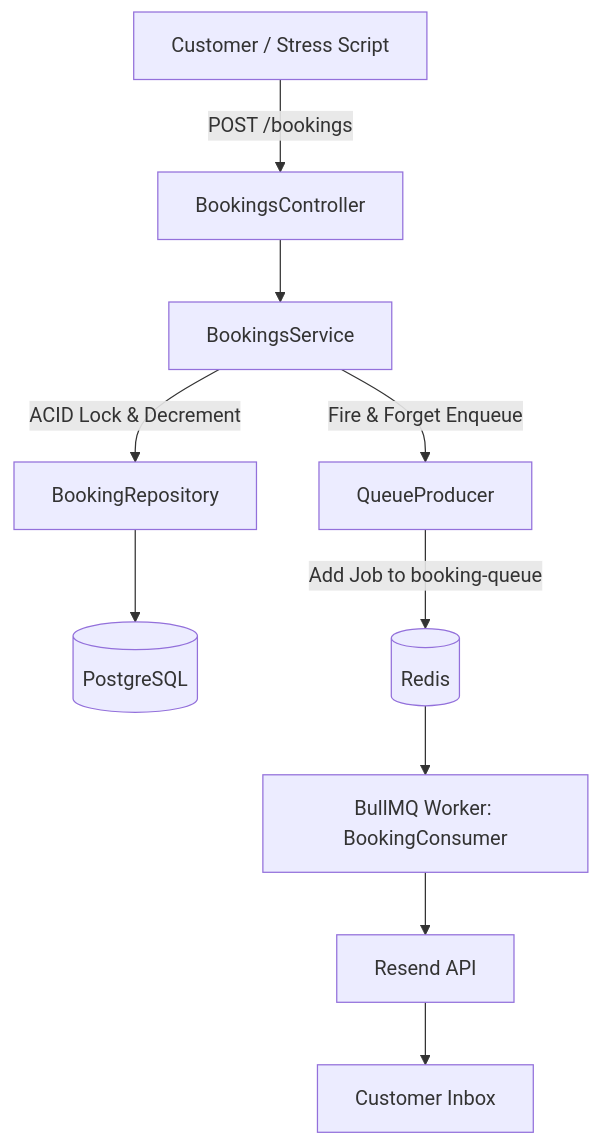
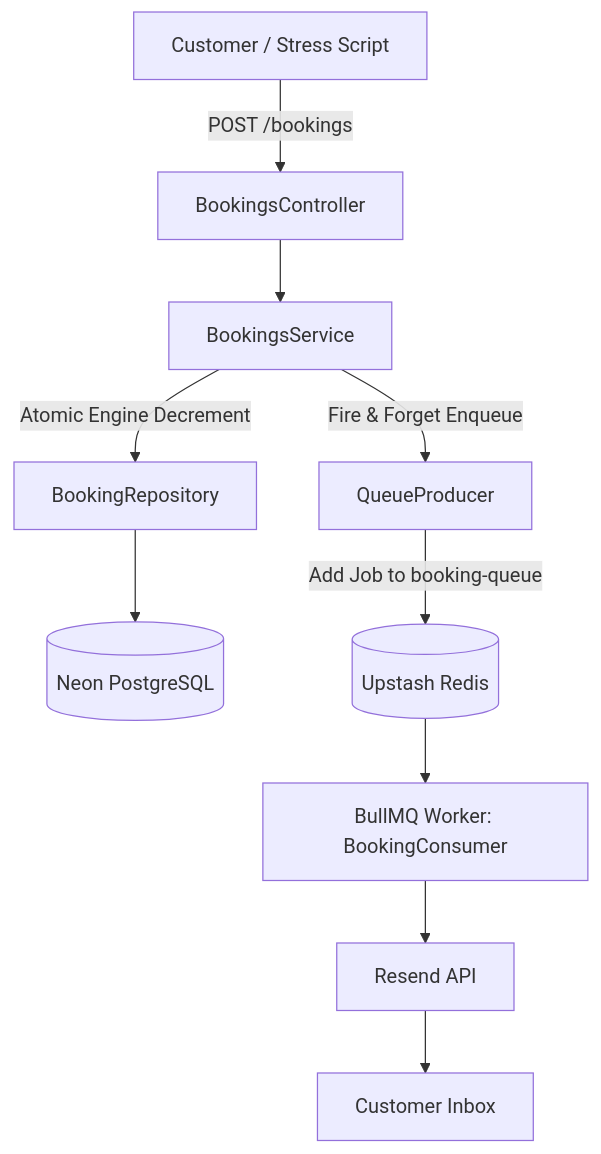
The diagram in README.md (abhishekGupta18/cactro_test_oct_18_2026), drawn with Mermaid before and after one commit. The commit also changed other lines of this file, not shown here.

````diff
--- a/README.md
+++ b/README.md
@@ -68,12 +78,12 @@
 ```mermaid
 flowchart TD
     Client[Customer / Stress Script] -->|POST /bookings| BookingsController
     BookingsController --> BookingsService
-    BookingsService -->|ACID Lock & Decrement| BookingRepo[BookingRepository]
-    BookingRepo --> DB[(PostgreSQL)]
+    BookingsService -->|Atomic Engine Decrement| BookingRepo[BookingRepository]
+    BookingRepo --> DB[(Neon PostgreSQL)]
     BookingsService -->|Fire & Forget Enqueue| QueueProducer
-    QueueProducer -->|Add Job to booking-queue| Redis[(Redis)]
+    QueueProducer -->|Add Job to booking-queue| Redis[(Upstash Redis)]
     Redis --> BookingConsumer[BullMQ Worker: BookingConsumer]
     BookingConsumer --> EmailService[Resend API]
     EmailService --> Inboxes[Customer Inbox]
 ```
````
